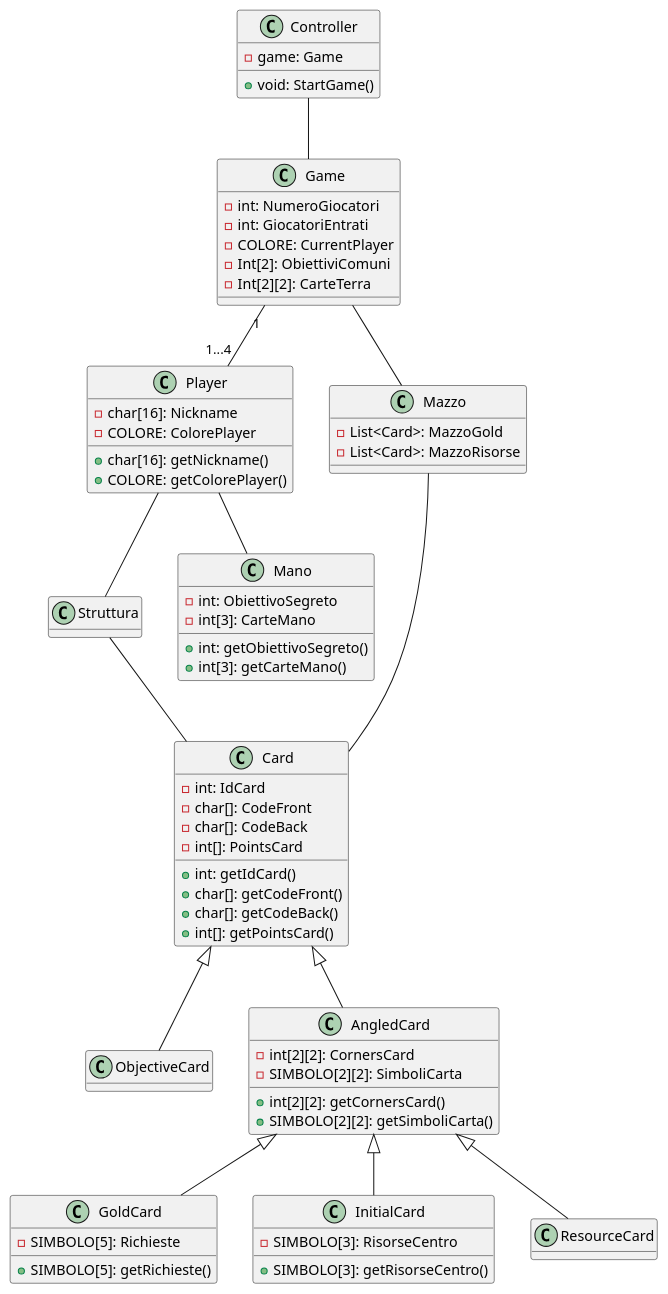
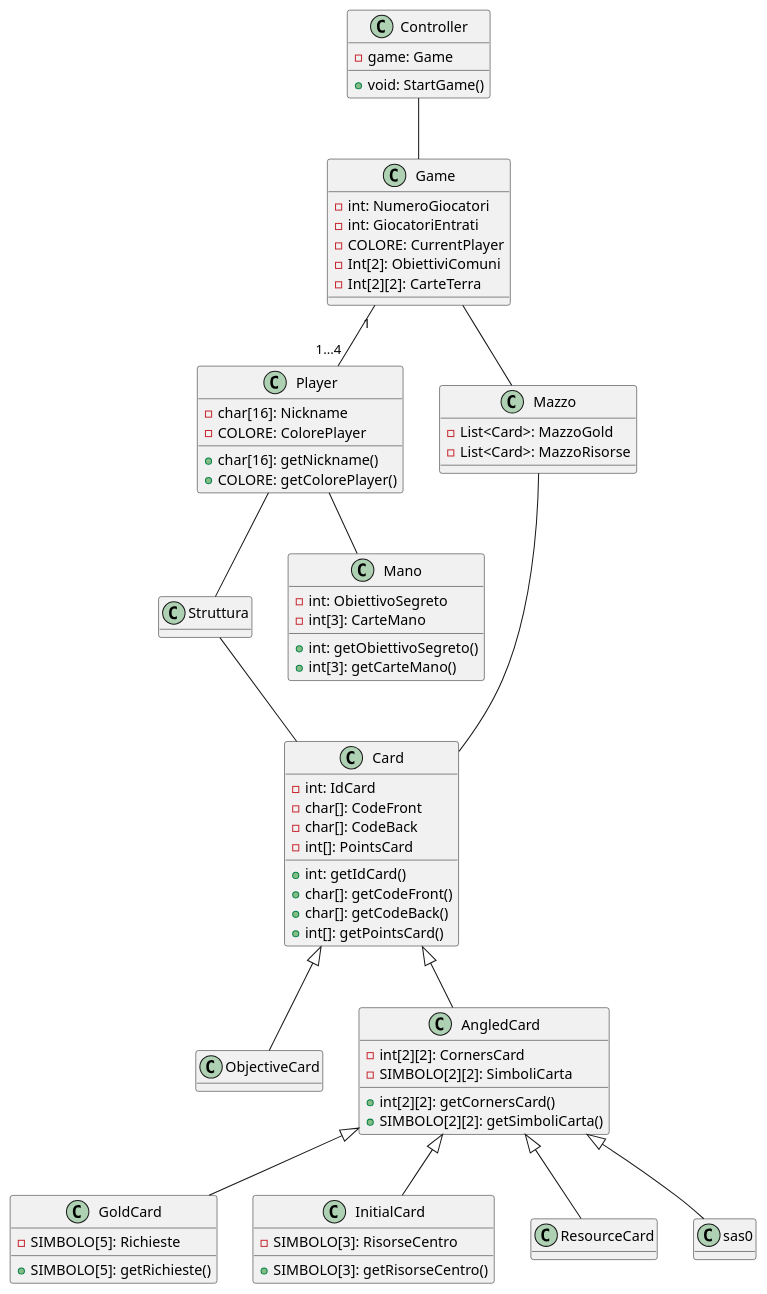
One commit to LucaPozzato/ing-sw-2024-pozzato-puccia-romano-saso changed the diagram in UML/uml.pu. Above: the diagram before and after it, drawn with PlantUML.

Commit message:
modifica 2

```diff
--- a/UML/uml.pu
+++ b/UML/uml.pu
@@ -1,131 +1,132 @@
 @startuml
 
 hide empty fields
 
 '2DO: '
 '1. Enumerazione simboli e colori '
 '2. frecce di composizione per struttura - carte '
 '3. metodi Game '
 '4. tutto controller '
 '5. come inserire, cosa inserire per la view '
 '6. inserire network? '
 
 class Controller {
 
     'attributi
     - game: Game
 
     'metodi'
     + void: StartGame()
 
 
 }
 
 class Game {
     - int: NumeroGiocatori
     - int: GiocatoriEntrati
     '- ?StadioGioco '
     - COLORE: CurrentPlayer
     '?Board con dizionario colore punteggio'
     'check sull'istanza array
     - Int[2]: ObiettiviComuni
     - Int[2][2]: CarteTerra
 }
 
 class Player {
    - char[16]: Nickname
    - COLORE: ColorePlayer
 
    + char[16]: getNickname()
    + COLORE: getColorePlayer()
 }
 
 
 class Card {
     'colore lo codifichiam nell'id? o lo salviamo in una var?
    - int: IdCard
    - char[]: CodeFront
    - char[]: CodeBack
    - int[]: PointsCard
 
    + int: getIdCard()
    + char[]: getCodeFront()
    + char[]: getCodeBack()
    + int[]: getPointsCard()
 
 }
 
 class ObjectiveCard extends Card {
 
     'tipo dell'obiettivo con enum? o codificato?'
     'non chiarissimo come caratterizzare l'obiettivo'
 
 }
 
 class AngledCard extends Card {
 
     - int[2][2]: CornersCard
     'decidere valore di default per corner non presente, corner presente non collegato, Id/puntatore carrta'
     - SIMBOLO[2][2]: SimboliCarta
 
     + int[2][2]: getCornersCard()
     + SIMBOLO[2][2]: getSimboliCarta()
 }
 
 
 class GoldCard extends AngledCard {
 
     - SIMBOLO[5]: Richieste
     'tipo ^ da capire'
     'caratterizzare tipo obiettivo'
 
     + SIMBOLO[5]: getRichieste()
 
 }
 
 
 class InitialCard extends AngledCard {
 
     - SIMBOLO[3]: RisorseCentro
     'tipo da capire'
 
     + SIMBOLO[3]: getRisorseCentro()
 }
 
 class ResourceCard extends AngledCard {}
+class sas0 extends AngledCard {}
 
 class Struttura {
 
 }
 
 
 class Mazzo {
 
     'check sul tipo dinamico statico'
     - List<Card>: MazzoGold
     - List<Card>: MazzoRisorse
 
 }
 
 class Mano {
 
     - int: ObiettivoSegreto
     - int[3]: CarteMano
 
     + int: getObiettivoSegreto()
     + int[3]: getCarteMano()
 }
 
 
 Controller  --  Game
 Game "1" -- "1...4" Player
 Game -- Mazzo
 Mazzo -- Card
 Player -- Struttura
 Player -- Mano
 Struttura -- Card
 
 
 
 
 @enduml
```
